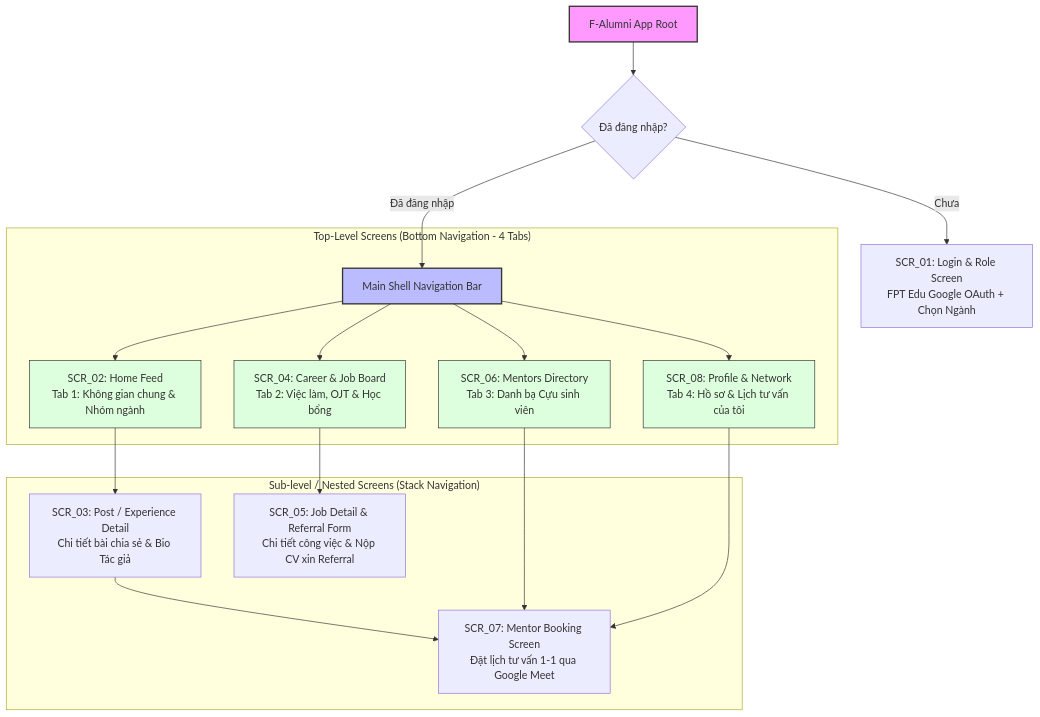
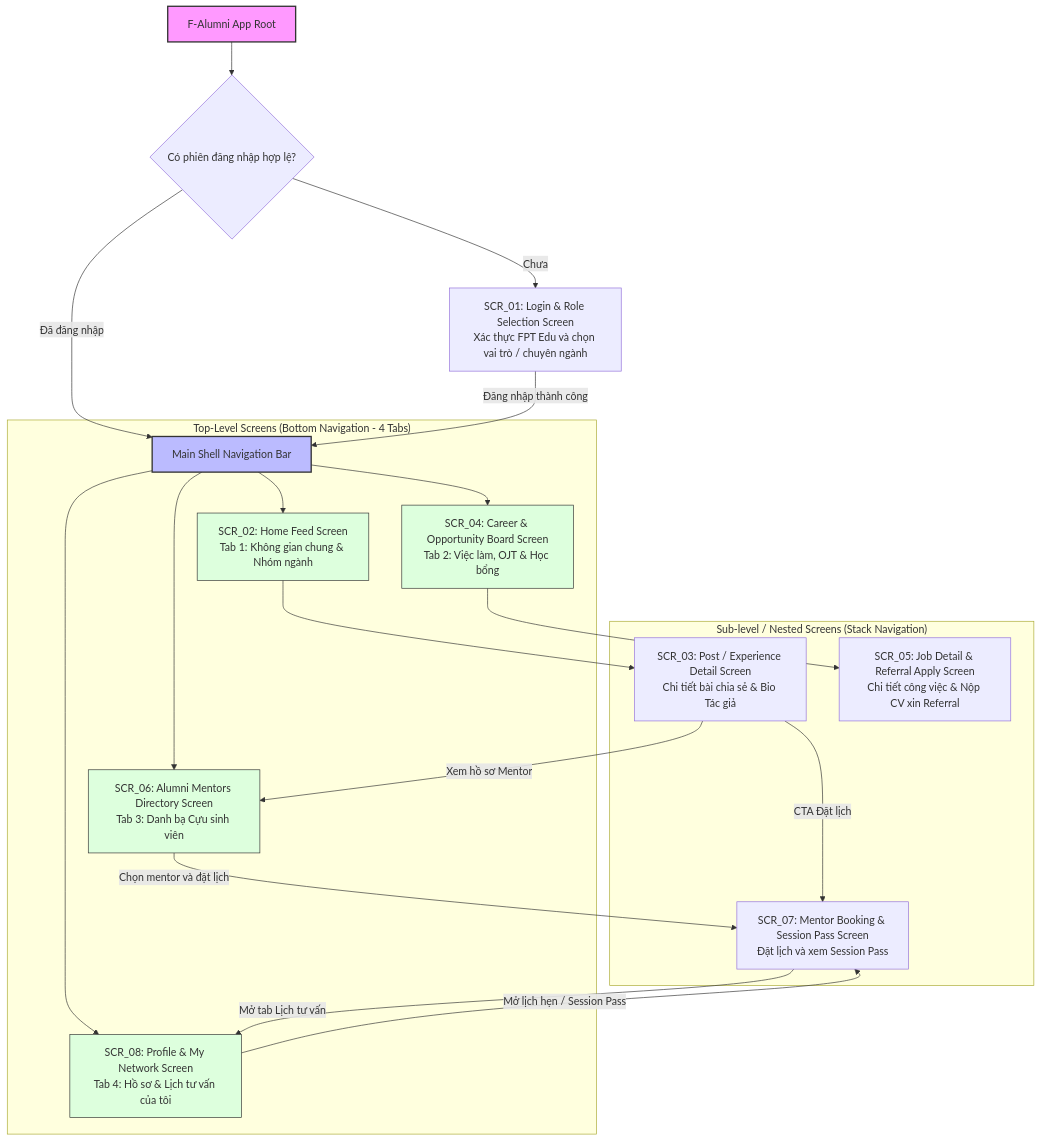
One commit to chstrg2208/PRN-LAB-2- changed the first of 4 diagrams in ux/user-flow.md. Above: the diagram before and after it, drawn with Mermaid. The commit also changed other lines of this file and 1 other file, not shown here.

Commit message:
docs(ux): align information architecture and user flows

````diff
--- a/ux/user-flow.md
+++ b/ux/user-flow.md
@@ -15,31 +15,36 @@
 ```mermaid
 graph TD
-    AppRoot[F-Alumni App Root] --> AuthGate{Đã đăng nhập?}
+    AppRoot[F-Alumni App Root] --> AuthGate{Có phiên đăng nhập hợp lệ?}
     
-    AuthGate -- Chưa --> SCR_01[SCR_01: Login & Role Screen\nFPT Edu Google OAuth + Chọn Ngành]
+    AuthGate -- Chưa --> SCR_01[SCR_01: Login & Role Selection Screen\nXác thực FPT Edu và chọn vai trò / chuyên ngành]
     AuthGate -- Đã đăng nhập --> MainShell[Main Shell Navigation Bar]
+    SCR_01 -- Đăng nhập thành công --> MainShell
     
     subgraph TopLevelTabs ["Top-Level Screens (Bottom Navigation - 4 Tabs)"]
-        MainShell --> SCR_02[SCR_02: Home Feed\nTab 1: Không gian chung & Nhóm ngành]
-        MainShell --> SCR_04[SCR_04: Career & Job Board\nTab 2: Việc làm, OJT & Học bổng]
-        MainShell --> SCR_06[SCR_06: Mentors Directory\nTab 3: Danh bạ Cựu sinh viên]
-        MainShell --> SCR_08[SCR_08: Profile & Network\nTab 4: Hồ sơ & Lịch tư vấn của tôi]
+        MainShell --> SCR_02[SCR_02: Home Feed Screen\nTab 1: Không gian chung & Nhóm ngành]
+        MainShell --> SCR_04[SCR_04: Career & Opportunity Board Screen\nTab 2: Việc làm, OJT & Học bổng]
+        MainShell --> SCR_06[SCR_06: Alumni Mentors Directory Screen\nTab 3: Danh bạ Cựu sinh viên]
+        MainShell --> SCR_08[SCR_08: Profile & My Network Screen\nTab 4: Hồ sơ & Lịch tư vấn của tôi]
     end
     
     subgraph NestedScreens ["Sub-level / Nested Screens (Stack Navigation)"]
-        SCR_02 --> SCR_03[SCR_03: Post / Experience Detail\nChi tiết bài chia sẻ & Bio Tác giả]
-        SCR_03 --> SCR_07[SCR_07: Mentor Booking Screen\nĐặt lịch tư vấn 1-1 qua Google Meet]
-        
-        SCR_04 --> SCR_05[SCR_05: Job Detail & Referral Form\nChi tiết công việc & Nộp CV xin Referral]
-        
-        SCR_06 --> SCR_07
-        SCR_08 --> SCR_07
+        SCR_03[SCR_03: Post / Experience Detail Screen\nChi tiết bài chia sẻ & Bio Tác giả]
+        SCR_05[SCR_05: Job Detail & Referral Apply Screen\nChi tiết công việc & Nộp CV xin Referral]
+        SCR_07[SCR_07: Mentor Booking & Session Pass Screen\nĐặt lịch và xem Session Pass]
     end
+
+    SCR_02 --> SCR_03
+    SCR_03 -- CTA Đặt lịch --> SCR_07
+    SCR_03 -- Xem hồ sơ Mentor --> SCR_06
+    SCR_04 --> SCR_05
+    SCR_06 -- Chọn mentor và đặt lịch --> SCR_07
+    SCR_07 -- Mở tab Lịch tư vấn --> SCR_08
+    SCR_08 -- Mở lịch hẹn / Session Pass --> SCR_07
 
     style AppRoot fill:#f9f,stroke:#333,stroke-width:2px
     style MainShell fill:#bbf,stroke:#333,stroke-width:2px
     style SCR_02 fill:#dfd,stroke:#333,stroke-width:1px
     style SCR_04 fill:#dfd,stroke:#333,stroke-width:1px
     style SCR_06 fill:#dfd,stroke:#333,stroke-width:1px
     style SCR_08 fill:#dfd,stroke:#333,stroke-width:1px
 ```
````
